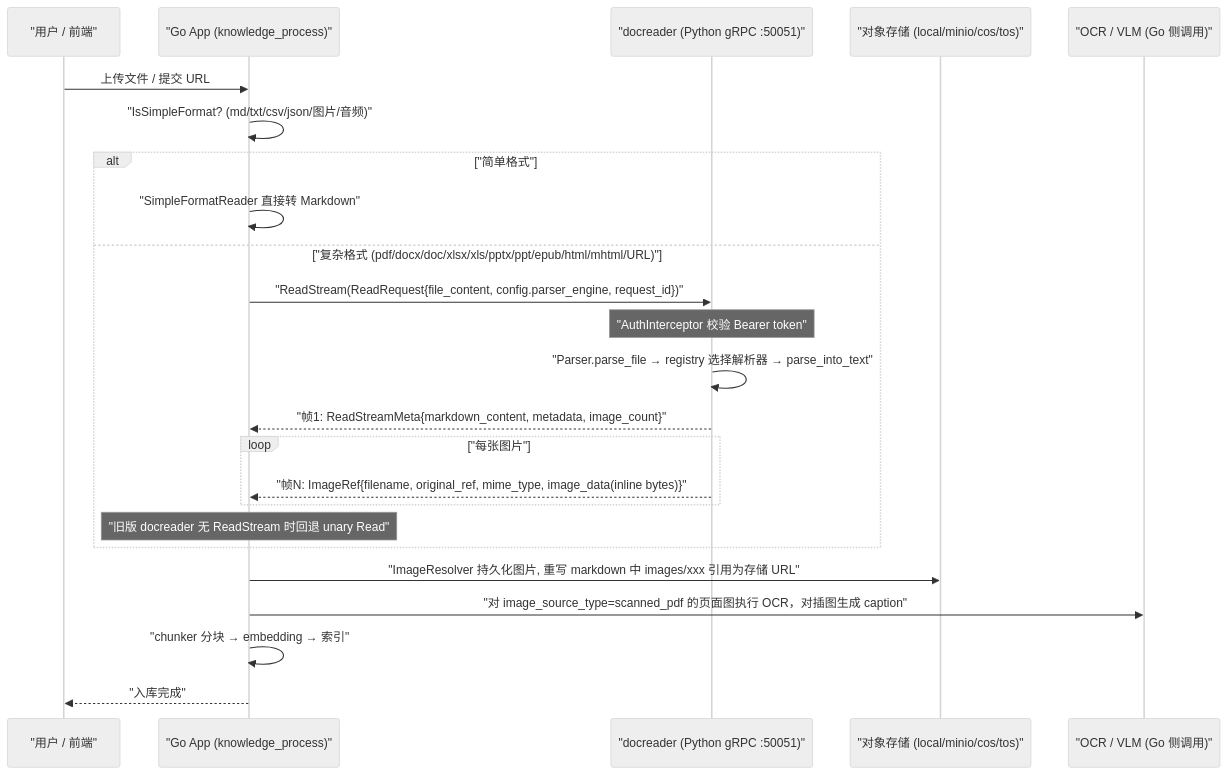
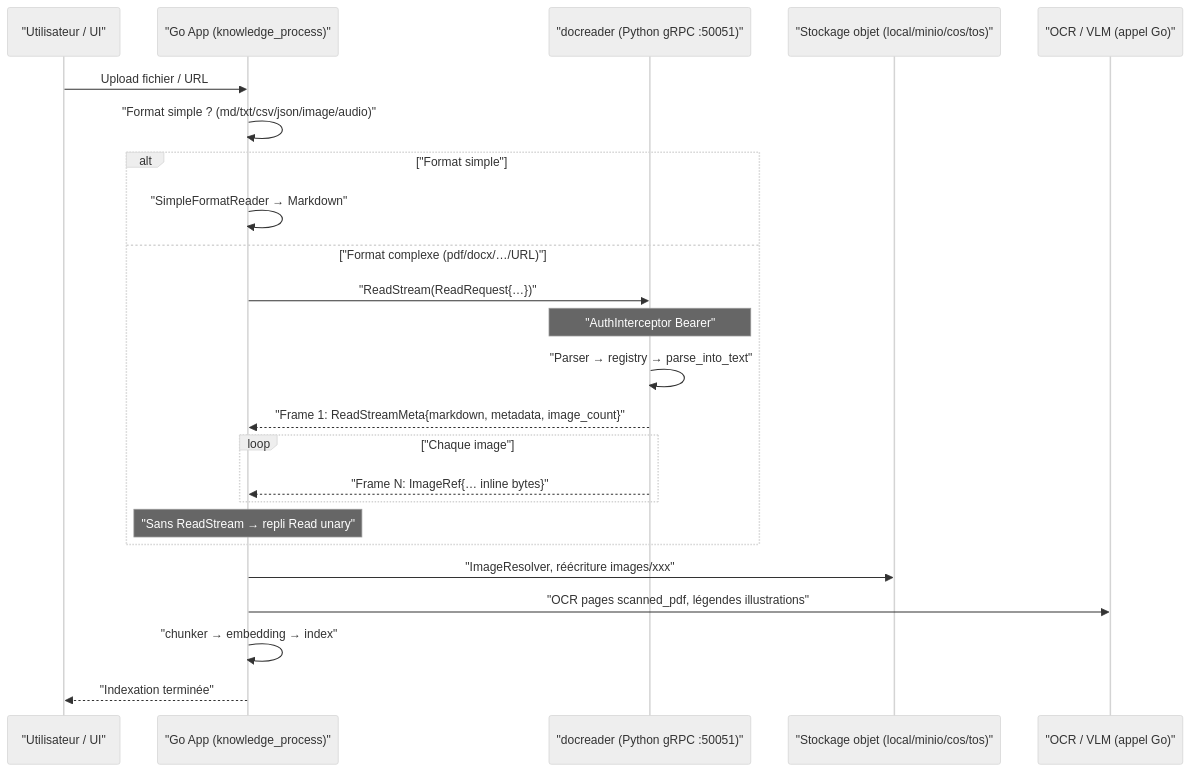
Before and after one commit to samiriggui-code/gsms-template: the first of 2 diagrams in website-docs/03-features/03-document-parsing.md, drawn with Mermaid (neutral theme). The commit also changed other lines of this file and 301 other files, not shown here.

````diff
--- a/website-docs/03-features/03-document-parsing.md
+++ b/website-docs/03-features/03-document-parsing.md
@@ -80,27 +80,27 @@
 ```mermaid
 sequenceDiagram
-    participant U as "用户 / 前端"
+    participant U as "Utilisateur / UI"
     participant G as "Go App (knowledge_process)"
     participant D as "docreader (Python gRPC :50051)"
-    participant S as "对象存储 (local/minio/cos/tos)"
-    participant M as "OCR / VLM (Go 侧调用)"
+    participant S as "Stockage objet (local/minio/cos/tos)"
+    participant M as "OCR / VLM (appel Go)"
 
-    U->>G: 上传文件 / 提交 URL
-    G->>G: "IsSimpleFormat? (md/txt/csv/json/图片/音频)"
-    alt "简单格式"
-        G->>G: "SimpleFormatReader 直接转 Markdown"
-    else "复杂格式 (pdf/docx/doc/xlsx/xls/pptx/ppt/epub/html/mhtml/URL)"
-        G->>D: "ReadStream(ReadRequest{file_content, config.parser_engine, request_id})"
-        Note over D: "AuthInterceptor 校验 Bearer token"
-        D->>D: "Parser.parse_file → registry 选择解析器 → parse_into_text"
-        D-->>G: "帧1: ReadStreamMeta{markdown_content, metadata, image_count}"
-        loop "每张图片"
-            D-->>G: "帧N: ImageRef{filename, original_ref, mime_type, image_data(inline bytes)}"
+    U->>G: Upload fichier / URL
+    G->>G: "Format simple ? (md/txt/csv/json/image/audio)"
+    alt "Format simple"
+        G->>G: "SimpleFormatReader → Markdown"
+    else "Format complexe (pdf/docx/…/URL)"
+        G->>D: "ReadStream(ReadRequest{…})"
+        Note over D: "AuthInterceptor Bearer"
+        D->>D: "Parser → registry → parse_into_text"
+        D-->>G: "Frame 1: ReadStreamMeta{markdown, metadata, image_count}"
+        loop "Chaque image"
+            D-->>G: "Frame N: ImageRef{… inline bytes}"
         end
-        Note over G: "旧版 docreader 无 ReadStream 时回退 unary Read"
+        Note over G: "Sans ReadStream → repli Read unary"
     end
-    G->>S: "ImageResolver 持久化图片, 重写 markdown 中 images/xxx 引用为存储 URL"
-    G->>M: "对 image_source_type=scanned_pdf 的页面图执行 OCR，对插图生成 caption"
-    G->>G: "chunker 分块 → embedding → 索引"
-    G-->>U: "入库完成"
+    G->>S: "ImageResolver, réécriture images/xxx"
+    G->>M: "OCR pages scanned_pdf, légendes illustrations"
+    G->>G: "chunker → embedding → index"
+    G-->>U: "Indexation terminée"
 ```
````
